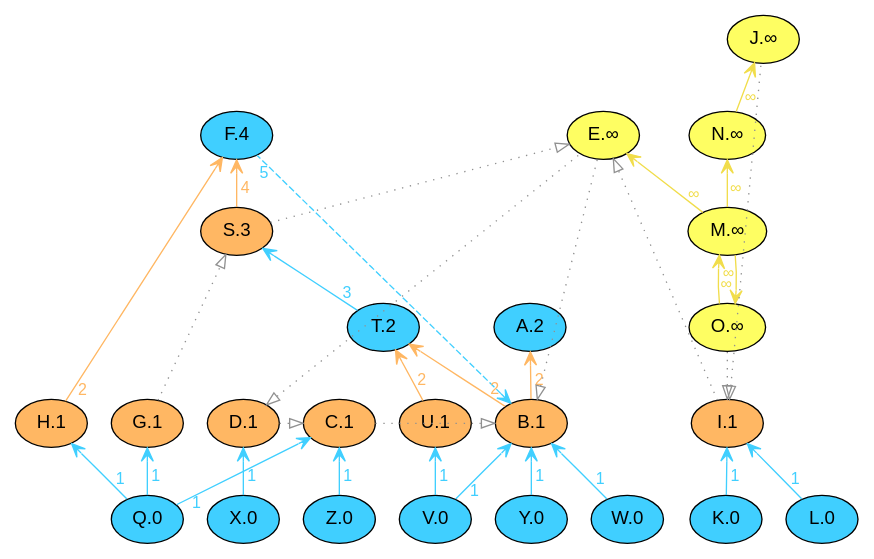
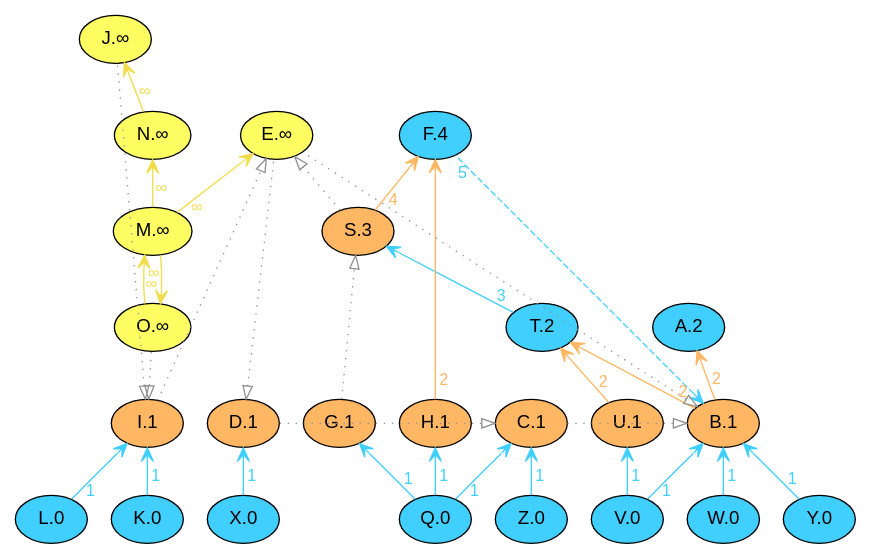
The diagram in temp/layout.dot (xai-ca/xray), drawn with Graphviz before and after one commit. The commit also changed 4 other files, not shown here.

```diff
--- a/temp/layout.dot
+++ b/temp/layout.dot
@@ -1,68 +1,68 @@
 digraph {
 layout=neato 
 node [fontname = "helvetica"] 
   edge [fontname = "helvetica"] 
- rankdir=BT  // Node defaults can be set here if needed
-    "A" [style="filled" fillcolor="#40cfff" label="A.2" fontsize=14 pos="5.3611,2.25!"]
-    "F" [style="filled" fillcolor="#40cfff" label="F.4" fontsize=14 pos="2.3056,4.25!"]
-    "K" [style="filled" fillcolor="#40cfff" label="K.0" fontsize=14 pos="7.4028,0.25!"]
-    "L" [style="filled" fillcolor="#40cfff" label="L.0" fontsize=14 pos="8.4028,0.25!"]
-    "Q" [style="filled" fillcolor="#40cfff" label="Q.0" fontsize=14 pos="1.375,0.25!"]
-    "T" [style="filled" fillcolor="#40cfff" label="T.2" fontsize=14 pos="3.8333,2.25!"]
-    "V" [style="filled" fillcolor="#40cfff" label="V.0" fontsize=14 pos="4.375,0.25!"]
-    "W" [style="filled" fillcolor="#40cfff" label="W.0" fontsize=14 pos="6.375,0.25!"]
+ rankdir=TB  // Node defaults can be set here if needed
+    "A" [style="filled" fillcolor="#40cfff" label="A.2" fontsize=14 pos="7.0139,2.25!"]
+    "F" [style="filled" fillcolor="#40cfff" label="F.4" fontsize=14 pos="4.375,4.25!"]
+    "K" [style="filled" fillcolor="#40cfff" label="K.0" fontsize=14 pos="1.375,0.25!"]
+    "L" [style="filled" fillcolor="#40cfff" label="L.0" fontsize=14 pos="0.375,0.25!"]
+    "Q" [style="filled" fillcolor="#40cfff" label="Q.0" fontsize=14 pos="4.375,0.25!"]
+    "T" [style="filled" fillcolor="#40cfff" label="T.2" fontsize=14 pos="5.4861,2.25!"]
+    "V" [style="filled" fillcolor="#40cfff" label="V.0" fontsize=14 pos="6.375,0.25!"]
+    "W" [style="filled" fillcolor="#40cfff" label="W.0" fontsize=14 pos="7.375,0.25!"]
     "X" [style="filled" fillcolor="#40cfff" label="X.0" fontsize=14 pos="2.375,0.25!"]
-    "Y" [style="filled" fillcolor="#40cfff" label="Y.0" fontsize=14 pos="5.375,0.25!"]
-    "Z" [style="filled" fillcolor="#40cfff" label="Z.0" fontsize=14 pos="3.375,0.25!"]
-    "E" [style="filled" fillcolor="#FEFE62" label="E.∞" fontsize=14 pos="6.125,4.25!"]
-    "J" [style="filled" fillcolor="#FEFE62" label="J.∞" fontsize=14 pos="7.7917,5.25!"]
-    "M" [style="filled" fillcolor="#FEFE62" label="M.∞" fontsize=14 pos="7.4167,3.25!"]
-    "N" [style="filled" fillcolor="#FEFE62" label="N.∞" fontsize=14 pos="7.4167,4.25!"]
-    "O" [style="filled" fillcolor="#FEFE62" label="O.∞" fontsize=14 pos="7.4167,2.25!"]
-    "B" [style="filled" fillcolor="#ffb763" label="B.1" fontsize=14 pos="5.375,1.25!"]
-    "C" [style="filled" fillcolor="#ffb763" label="C.1" fontsize=14 pos="3.375,1.25!"]
+    "Y" [style="filled" fillcolor="#40cfff" label="Y.0" fontsize=14 pos="8.375,0.25!"]
+    "Z" [style="filled" fillcolor="#40cfff" label="Z.0" fontsize=14 pos="5.375,0.25!"]
+    "E" [style="filled" fillcolor="#FEFE62" label="E.∞" fontsize=14 pos="2.7222,4.25!"]
+    "J" [style="filled" fillcolor="#FEFE62" label="J.∞" fontsize=14 pos="1.0417,5.25!"]
+    "M" [style="filled" fillcolor="#FEFE62" label="M.∞" fontsize=14 pos="1.4306,3.25!"]
+    "N" [style="filled" fillcolor="#FEFE62" label="N.∞" fontsize=14 pos="1.4306,4.25!"]
+    "O" [style="filled" fillcolor="#FEFE62" label="O.∞" fontsize=14 pos="1.4306,2.25!"]
+    "B" [style="filled" fillcolor="#ffb763" label="B.1" fontsize=14 pos="7.375,1.25!"]
+    "C" [style="filled" fillcolor="#ffb763" label="C.1" fontsize=14 pos="5.375,1.25!"]
     "D" [style="filled" fillcolor="#ffb763" label="D.1" fontsize=14 pos="2.375,1.25!"]
-    "G" [style="filled" fillcolor="#ffb763" label="G.1" fontsize=14 pos="1.375,1.25!"]
-    "H" [style="filled" fillcolor="#ffb763" label="H.1" fontsize=14 pos="0.375,1.25!"]
-    "I" [style="filled" fillcolor="#ffb763" label="I.1" fontsize=14 pos="7.4167,1.25!"]
-    "S" [style="filled" fillcolor="#ffb763" label="S.3" fontsize=14 pos="2.3056,3.25!"]
-    "U" [style="filled" fillcolor="#ffb763" label="U.1" fontsize=14 pos="4.375,1.25!"]
+    "G" [style="filled" fillcolor="#ffb763" label="G.1" fontsize=14 pos="3.375,1.25!"]
+    "H" [style="filled" fillcolor="#ffb763" label="H.1" fontsize=14 pos="4.375,1.25!"]
+    "I" [style="filled" fillcolor="#ffb763" label="I.1" fontsize=14 pos="1.375,1.25!"]
+    "S" [style="filled" fillcolor="#ffb763" label="S.3" fontsize=14 pos="3.5694,3.25!"]
+    "U" [style="filled" fillcolor="#ffb763" label="U.1" fontsize=14 pos="6.375,1.25!"]
     edge[labeldistance=1.5 fontsize=12]
     "B" -> "A" [color="#ffb763" style="solid"fontcolor="#ffb763"arrowtail="vee"arrowhead="vee"taillabel="2"]
     "B" -> "T" [color="#ffb763" style="solid"fontcolor="#ffb763"arrowtail="vee"arrowhead="vee"taillabel="2"]
     "C" -> "B" [color="#919191" style="dotted"fontcolor="#919191"arrowtail="onormal"arrowhead="onormal"taillabel=""]
     "D" -> "C" [color="#919191" style="dotted"fontcolor="#919191"arrowtail="onormal"arrowhead="onormal"taillabel=""]
     "B" -> "E" [dir=back color="#919191" style= "dotted"fontcolor="#919191"arrowtail="onormal"arrowhead="onormal"headlabel=""]
     "D" -> "E" [dir=back color="#919191" style= "dotted"fontcolor="#919191"arrowtail="onormal"arrowhead="onormal"headlabel=""]
     "B" -> "F" [dir=back color="#40cfff" style= "dashed"fontcolor="#40cfff"arrowtail="vee"arrowhead="vee"headlabel="5"]
     "G" -> "S" [color="#919191" style="dotted"fontcolor="#919191"arrowtail="onormal"arrowhead="onormal"taillabel=""]
     "H" -> "F" [color="#ffb763" style="solid"fontcolor="#ffb763"arrowtail="vee"arrowhead="vee"taillabel="2"]
     "I" -> "E" [color="#919191" style="dotted"fontcolor="#919191"arrowtail="onormal"arrowhead="onormal"taillabel=""]
     "I" -> "J" [dir=back color="#919191" style= "dotted"fontcolor="#919191"arrowtail="onormal"arrowhead="onormal"headlabel=""]
     "K" -> "I" [color="#40cfff" style="solid"fontcolor="#40cfff"arrowtail="vee"arrowhead="vee"taillabel="1"]
     "L" -> "I" [color="#40cfff" style="solid"fontcolor="#40cfff"arrowtail="vee"arrowhead="vee"taillabel="1"]
     "M" -> "E" [color="#f1dd4b" style="solid"fontcolor="#f1dd4b"arrowtail="vee"arrowhead="vee"taillabel="∞"]
     "M" -> "O" [color="#f1dd4b" style="solid"fontcolor="#f1dd4b"arrowtail="vee"arrowhead="vee"taillabel="∞"]
     "M" -> "N" [color="#f1dd4b" style="solid"fontcolor="#f1dd4b"arrowtail="vee"arrowhead="vee"taillabel="∞"]
     "N" -> "J" [color="#f1dd4b" style="solid"fontcolor="#f1dd4b"arrowtail="vee"arrowhead="vee"taillabel="∞"]
     "I" -> "O" [dir=back color="#919191" style= "dotted"fontcolor="#919191"arrowtail="onormal"arrowhead="onormal"headlabel=""]
     "O" -> "M" [color="#f1dd4b" style="solid"fontcolor="#f1dd4b"arrowtail="vee"arrowhead="vee"taillabel="∞"]
     "Q" -> "G" [color="#40cfff" style="solid"fontcolor="#40cfff"arrowtail="vee"arrowhead="vee"taillabel="1"]
     "Q" -> "H" [color="#40cfff" style="solid"fontcolor="#40cfff"arrowtail="vee"arrowhead="vee"taillabel="1"]
     "Q" -> "C" [color="#40cfff" style="solid"fontcolor="#40cfff"arrowtail="vee"arrowhead="vee"taillabel="1"]
     "S" -> "E" [color="#919191" style="dotted"fontcolor="#919191"arrowtail="onormal"arrowhead="onormal"taillabel=""]
     "S" -> "F" [color="#ffb763" style="solid"fontcolor="#ffb763"arrowtail="vee"arrowhead="vee"taillabel="4"]
     "T" -> "S" [color="#40cfff" style="solid"fontcolor="#40cfff"arrowtail="vee"arrowhead="vee"taillabel="3"]
     "U" -> "T" [color="#ffb763" style="solid"fontcolor="#ffb763"arrowtail="vee"arrowhead="vee"taillabel="2"]
     "V" -> "B" [color="#40cfff" style="solid"fontcolor="#40cfff"arrowtail="vee"arrowhead="vee"taillabel="1"]
     "V" -> "U" [color="#40cfff" style="solid"fontcolor="#40cfff"arrowtail="vee"arrowhead="vee"taillabel="1"]
     "W" -> "B" [color="#40cfff" style="solid"fontcolor="#40cfff"arrowtail="vee"arrowhead="vee"taillabel="1"]
     "X" -> "D" [color="#40cfff" style="solid"fontcolor="#40cfff"arrowtail="vee"arrowhead="vee"taillabel="1"]
     "Y" -> "B" [color="#40cfff" style="solid"fontcolor="#40cfff"arrowtail="vee"arrowhead="vee"taillabel="1"]
     "Z" -> "C" [color="#40cfff" style="solid"fontcolor="#40cfff"arrowtail="vee"arrowhead="vee"taillabel="1"]
     {rank = same K L Q V W X Y Z}
     {rank = same U H G I D C B}
     {rank = same A T}
     // {rank = same S}
     // {rank = same F}
 }
```
